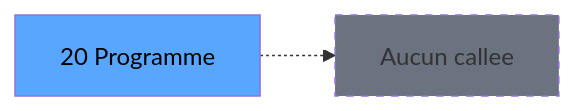
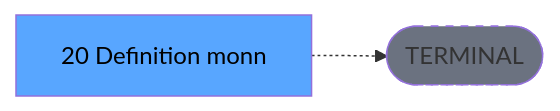
The third of 3 diagrams in .openspec/specs/ADH-IDE-20.md (thonyAGP/lecteur-magic), drawn with Mermaid before and after one commit. The commit also changed other lines of this file and 701 other files, not shown here.

````diff
--- a/.openspec/specs/ADH-IDE-20.md
+++ b/.openspec/specs/ADH-IDE-20.md
@@ -127,8 +134,8 @@
 ```mermaid
 graph LR
-    T[20 Programme]
-    NONE[Aucun callee]
-    T -.-> NONE
+    T[20 Definition monn]
+    TERM([TERMINAL])
+    T -.-> TERM
+    style TERM fill:#6b7280,stroke-dasharray: 5 5
     style T fill:#58a6ff,color:#000
-    style NONE fill:#6b7280,stroke-dasharray: 5 5
 ```
````
